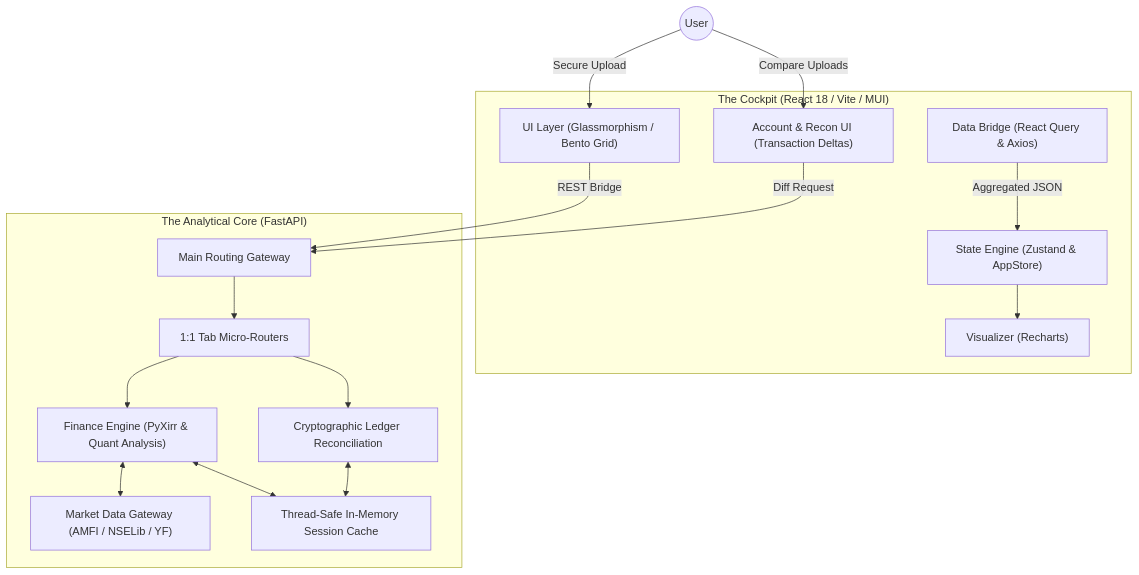
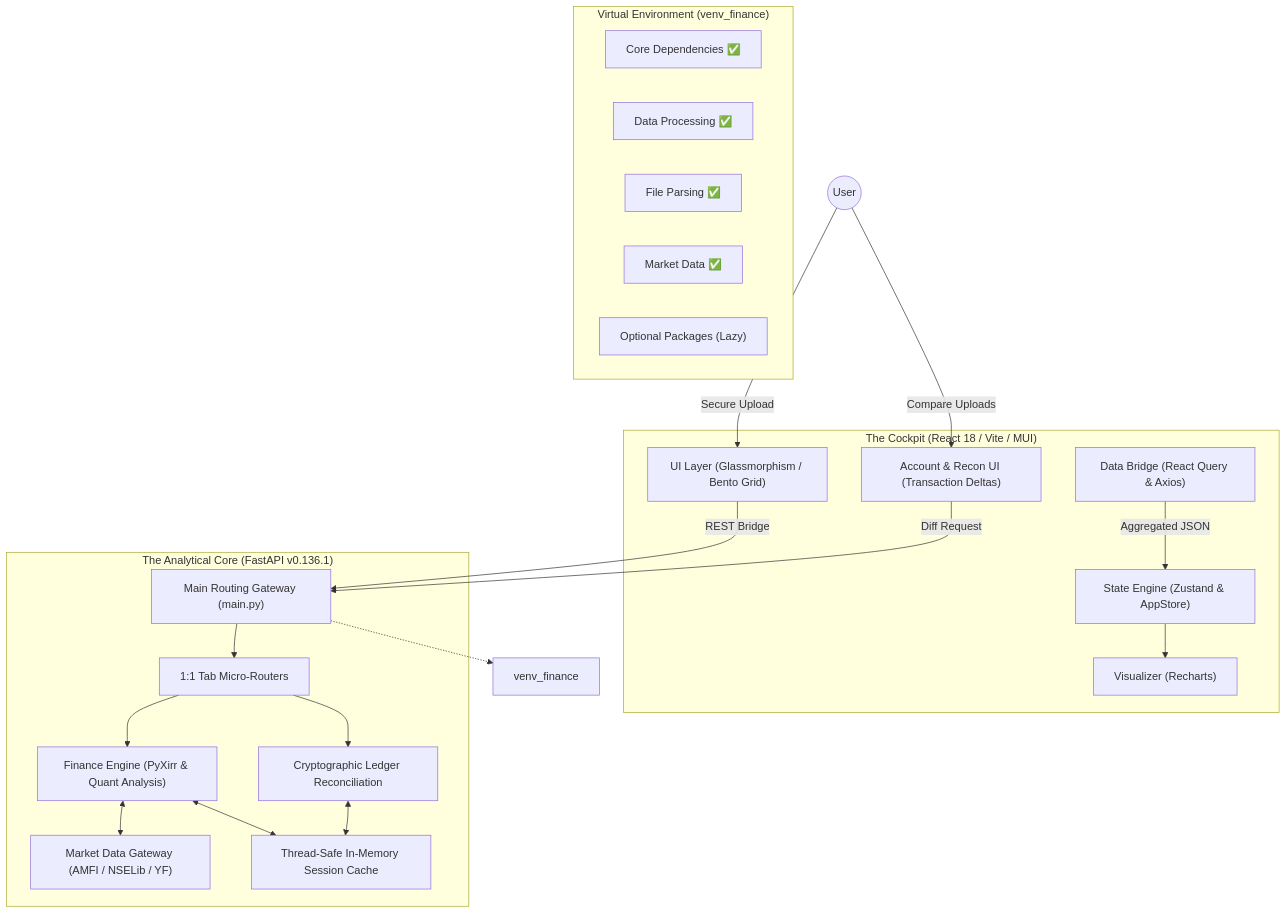
One commit to dasavik27/FinanceBuddy changed the diagram in ARCHITECTURE.md. Above: the diagram before and after it, drawn with Mermaid. The commit also changed other lines of this file and 310 other files, not shown here.

````diff
--- a/ARCHITECTURE.md
+++ b/ARCHITECTURE.md
@@ -20,32 +23,41 @@
 ```mermaid
 graph TD
     subgraph "The Cockpit (React 18 / Vite / MUI)"
         UI["UI Layer (Glassmorphism / Bento Grid)"]
         Store["State Engine (Zustand & AppStore)"]
         Sync["Data Bridge (React Query & Axios)"]
         Vis["Visualizer (Recharts)"]
         Account["Account & Recon UI (Transaction Deltas)"]
     end
 
-    subgraph "The Analytical Core (FastAPI)"
-        Gateway["Main Routing Gateway"]
+    subgraph "The Analytical Core (FastAPI v0.136.1)"
+        Gateway["Main Routing Gateway (main.py)"]
         Tabs["1:1 Tab Micro-Routers"]
         Logic["Finance Engine (PyXirr & Quant Analysis)"]
         Ledger["Cryptographic Ledger Reconciliation"]
         Market["Market Data Gateway (AMFI / NSELib / YF)"]
         RAM["Thread-Safe In-Memory Session Cache"]
+    end
+
+    subgraph "Virtual Environment (venv_finance)"
+        Core["Core Dependencies ✅"]
+        Data["Data Processing ✅"]
+        Files["File Parsing ✅"]
+        Market2["Market Data ✅"]
+        Optional["Optional Packages (Lazy)"]
     end
 
     User((User)) -->|Secure Upload| UI
     User -->|Compare Uploads| Account
     UI -->|REST Bridge| Gateway
     Account -->|Diff Request| Gateway
     Gateway --> Tabs
     Tabs --> Logic
     Tabs --> Ledger
     Logic <--> RAM
     Ledger <--> RAM
     Logic <--> Market
     Sync -->|Aggregated JSON| Store
     Store --> Vis
+    Gateway -.-> venv_finance
 ```
````
